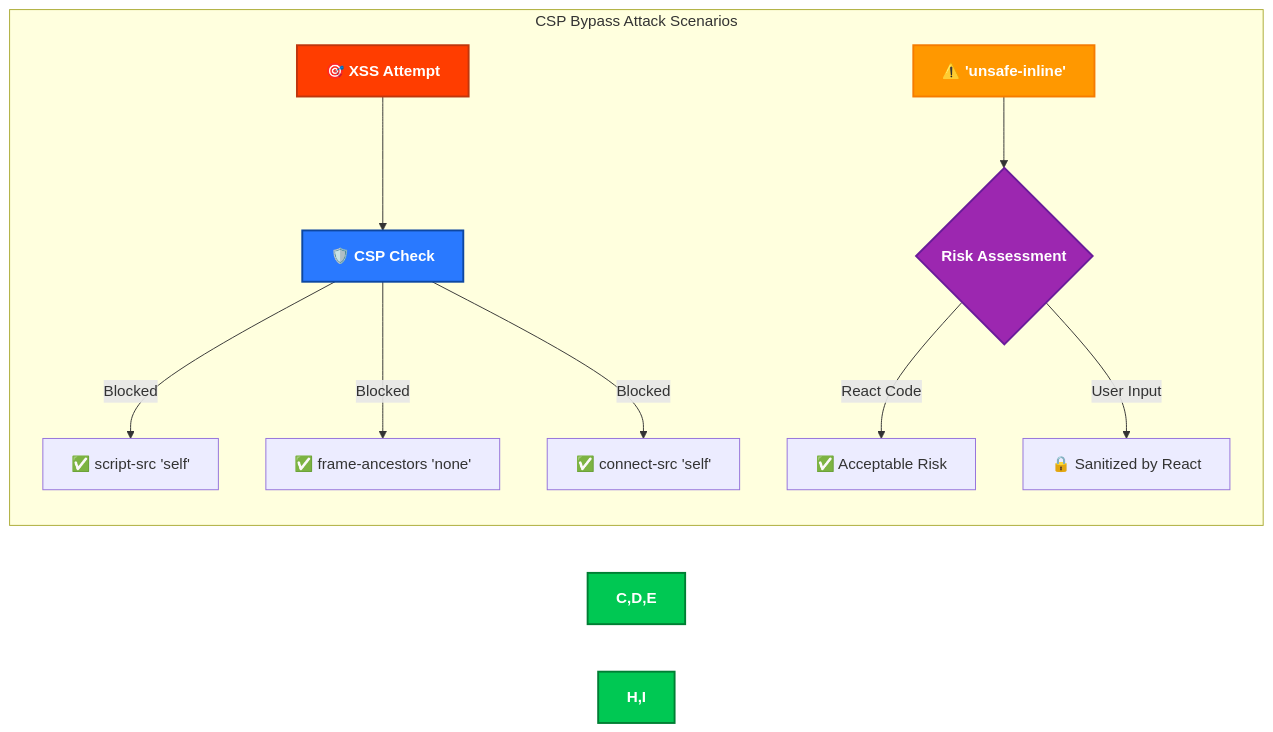
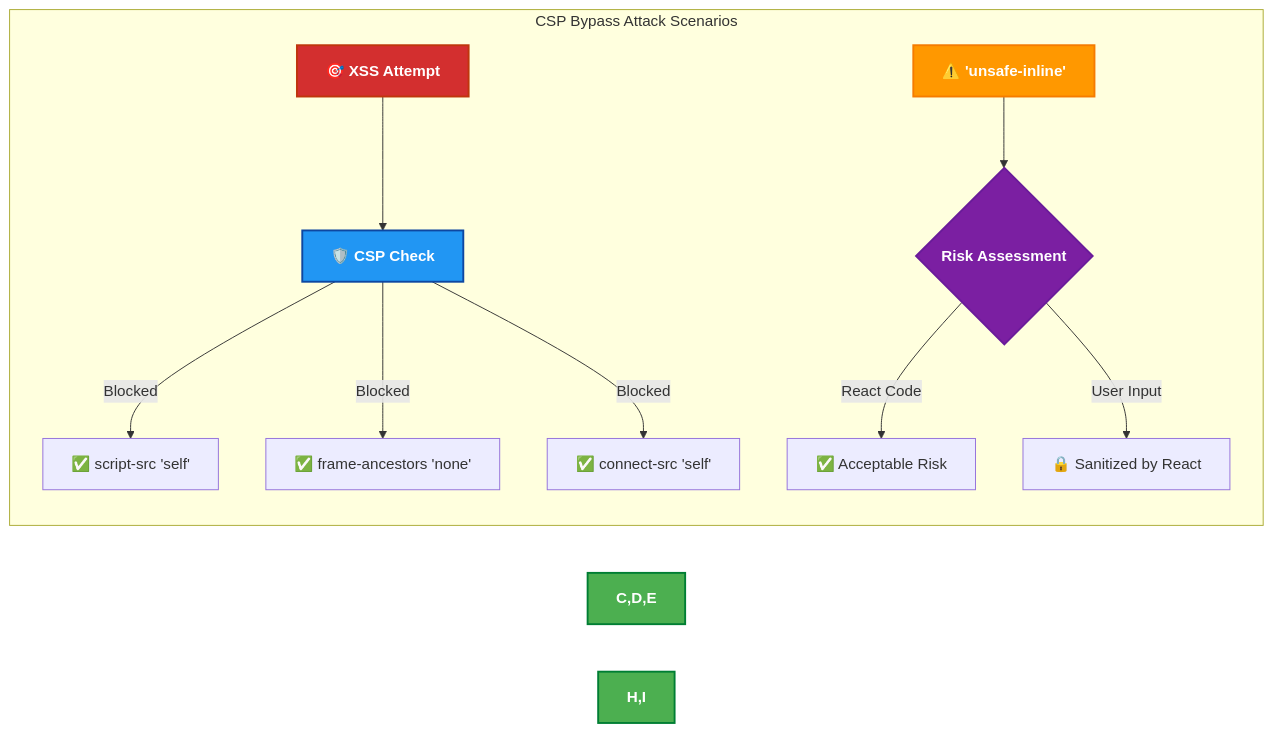
One commit to step-security-bot/cia-compliance-manager changed the eighth of 15 diagrams in docs/architecture/THREAT_MODEL.md. Above: the diagram before and after it, drawn with Mermaid. The commit also changed other lines of this file and 27 other files, not shown here.

First line of the commit message:
fix: resolve broken mermaid diagrams and improve color coding to match ISMS style guide (#1106)

````diff
--- a/docs/architecture/THREAT_MODEL.md
+++ b/docs/architecture/THREAT_MODEL.md
@@ -532,22 +489,22 @@
 ```mermaid
 flowchart LR
     subgraph "CSP Bypass Attack Scenarios"
         A[🎯 XSS Attempt] --> B[🛡️ CSP Check]
         
         B -->|Blocked| C[✅ script-src 'self']
         B -->|Blocked| D[✅ frame-ancestors 'none']
         B -->|Blocked| E[✅ connect-src 'self']
         
         F[⚠️ 'unsafe-inline'] --> G{Risk Assessment}
         
         G -->|React Code| H[✅ Acceptable Risk]
         G -->|User Input| I[🔒 Sanitized by React]
     end
 
-    style A fill:#FF3D00,stroke:#BF360C,stroke-width:2px,color:white,font-weight:bold
-    style B fill:#2979FF,stroke:#0D47A1,stroke-width:2px,color:white,font-weight:bold
-    style C,D,E fill:#00C853,stroke:#007E33,stroke-width:2px,color:white,font-weight:bold
+    style A fill:#D32F2F,stroke:#BF360C,stroke-width:2px,color:white,font-weight:bold
+    style B fill:#2196F3,stroke:#0D47A1,stroke-width:2px,color:white,font-weight:bold
+    style C,D,E fill:#4CAF50,stroke:#007E33,stroke-width:2px,color:white,font-weight:bold
     style F fill:#FF9800,stroke:#F57C00,stroke-width:2px,color:white,font-weight:bold
-    style G fill:#9C27B0,stroke:#6A1B9A,stroke-width:2px,color:white,font-weight:bold
-    style H,I fill:#00C853,stroke:#007E33,stroke-width:2px,color:white,font-weight:bold
+    style G fill:#7B1FA2,stroke:#6A1B9A,stroke-width:2px,color:white,font-weight:bold
+    style H,I fill:#4CAF50,stroke:#007E33,stroke-width:2px,color:white,font-weight:bold
 ```
````
